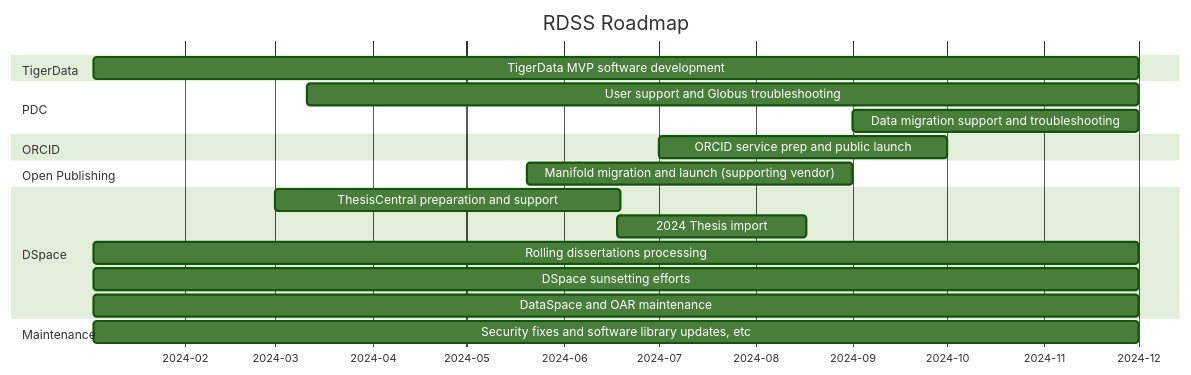
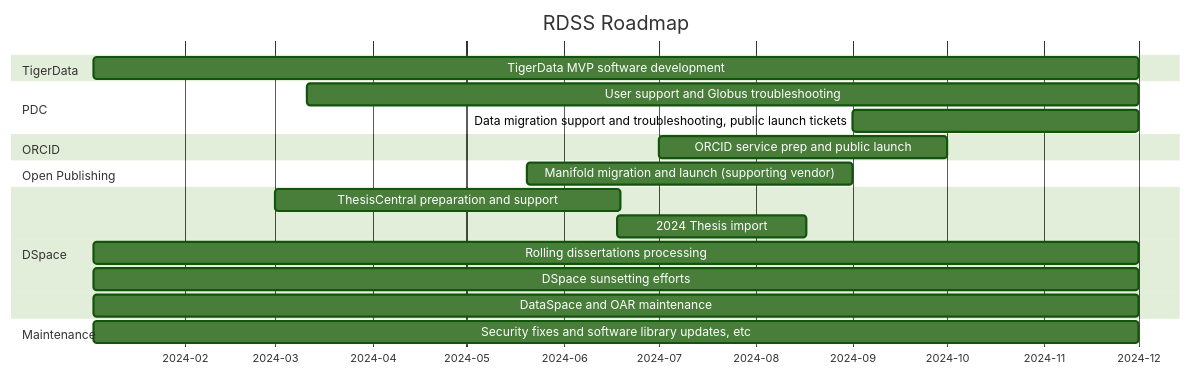
One commit to pulibrary/rdss-handbook changed the diagram in roadmap.md. Above: the diagram before and after it, drawn with Mermaid (forest theme).

Commit message:
Update roadmap.md
Updating PDC description

````diff
--- a/roadmap.md
+++ b/roadmap.md
@@ -5,23 +5,23 @@
 ```mermaid
 gantt
     title RDSS Roadmap
     axisFormat  %Y-%m
     dateformat YYYY-MM
     section TigerData
     TigerData MVP software development: td1,2024-01-03,333d
     section PDC
     User support and Globus troubleshooting: pd1,2024-03-11,265d
-    Data migration support and troubleshooting: pd2,2024-09-01,91d
+    Data migration support and troubleshooting, public launch tickets: pd2,2024-09-01,91d
     section ORCID
     ORCID service prep and public launch: or1,2024-07-01,92d
     section Open Publishing
     Manifold migration and launch (supporting vendor): op1,2024-05-20,104d
     section DSpace
     ThesisCentral preparation and support: dsp1,2024-03-01,110d
     2024 Thesis import: dsp2,2024-06-18,60d
     Rolling dissertations processing: dsp3,2024-01-03,333d
     DSpace sunsetting efforts: dsp4,2024-01-03,333d
     DataSpace and OAR maintenance: dsp5,2024-01-03,333d
     section Maintenance
     Security fixes and software library updates, etc: man1,2024-01-03,333d
 ```
````
